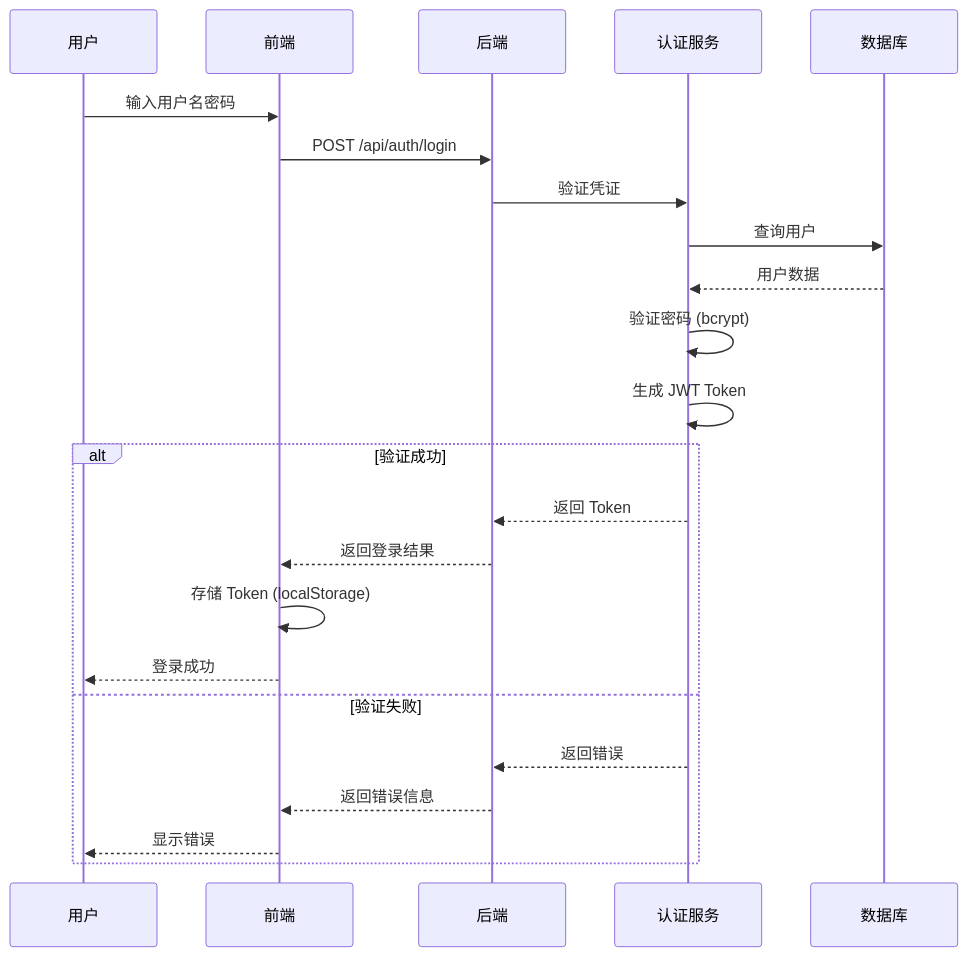
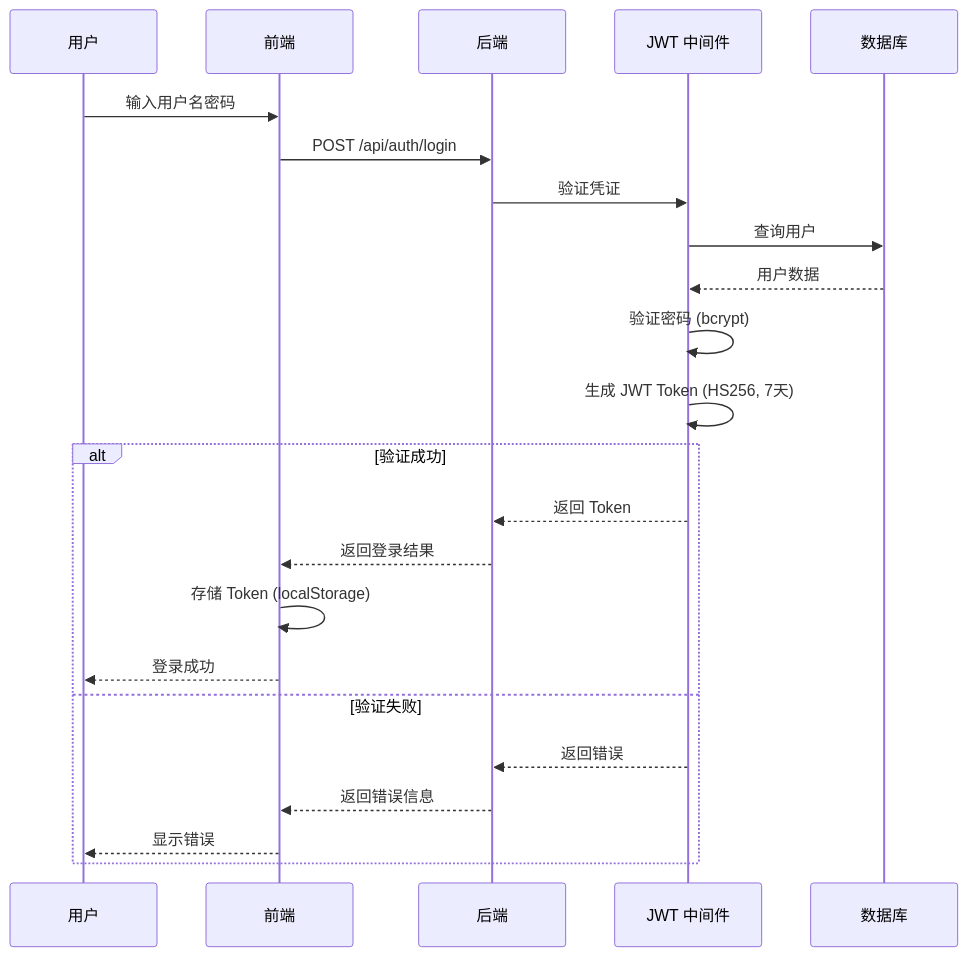
The fifth of 5 diagrams in docs/architecture.md (buhaiqing/cmdb-web-reactjs), drawn with Mermaid before and after one commit. The commit also changed other lines of this file and 7 other files, not shown here.

First line of the commit message:
fix: correct AGENTS.md factual drift + rewrite architecture.md + remove stale tests/README.md

````diff
--- a/docs/architecture.md
+++ b/docs/architecture.md
@@ -467,27 +304,27 @@
 ```mermaid
 sequenceDiagram
     participant User as 用户
     participant FE as 前端
     participant BE as 后端
-    participant Auth as 认证服务
+    participant Auth as JWT 中间件
     participant DB as 数据库
 
     User->>FE: 输入用户名密码
     FE->>BE: POST /api/auth/login
     BE->>Auth: 验证凭证
     Auth->>DB: 查询用户
     DB-->>Auth: 用户数据
     Auth->>Auth: 验证密码 (bcrypt)
-    Auth->>Auth: 生成 JWT Token
+    Auth->>Auth: 生成 JWT Token (HS256, 7天)
 
     alt 验证成功
         Auth-->>BE: 返回 Token
         BE-->>FE: 返回登录结果
         FE->>FE: 存储 Token (localStorage)
         FE-->>User: 登录成功
     else 验证失败
         Auth-->>BE: 返回错误
         BE-->>FE: 返回错误信息
         FE-->>User: 显示错误
     end
 ```
````
